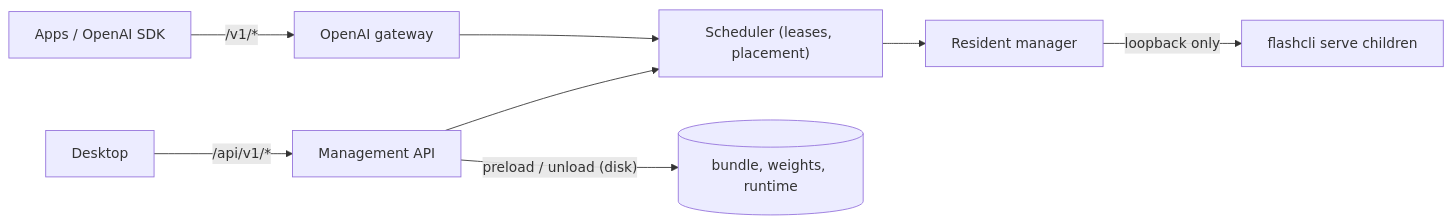
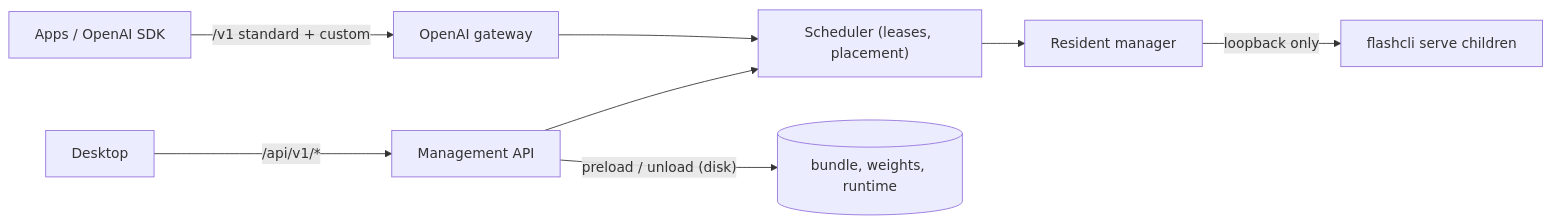
Before and after one commit to aodianyun/flashcli: the second of 3 diagrams in docs/architecture.md, drawn with Mermaid. The commit also changed other lines of this file and 49 other files, not shown here.

First line of the commit message:
docs(architecture): regenerate all diagrams in the house style

````diff
--- a/docs/architecture.md
+++ b/docs/architecture.md
@@ -147,10 +152,10 @@
 ```mermaid
 flowchart LR
-  A["Apps / OpenAI SDK"] -- "/v1/*" --> G["OpenAI gateway"]
+  A["Apps / OpenAI SDK"] -- "/v1 standard + custom" --> G["OpenAI gateway"]
   D["Desktop"] -- "/api/v1/*" --> C["Management API"]
   G --> S["Scheduler (leases, placement)"]
   C --> S
   S --> M["Resident manager"]
   M -- "loopback only" --> P["flashcli serve children"]
   C -- "preload / unload (disk)" --> H[(bundle, weights, runtime)]
 ```
````
